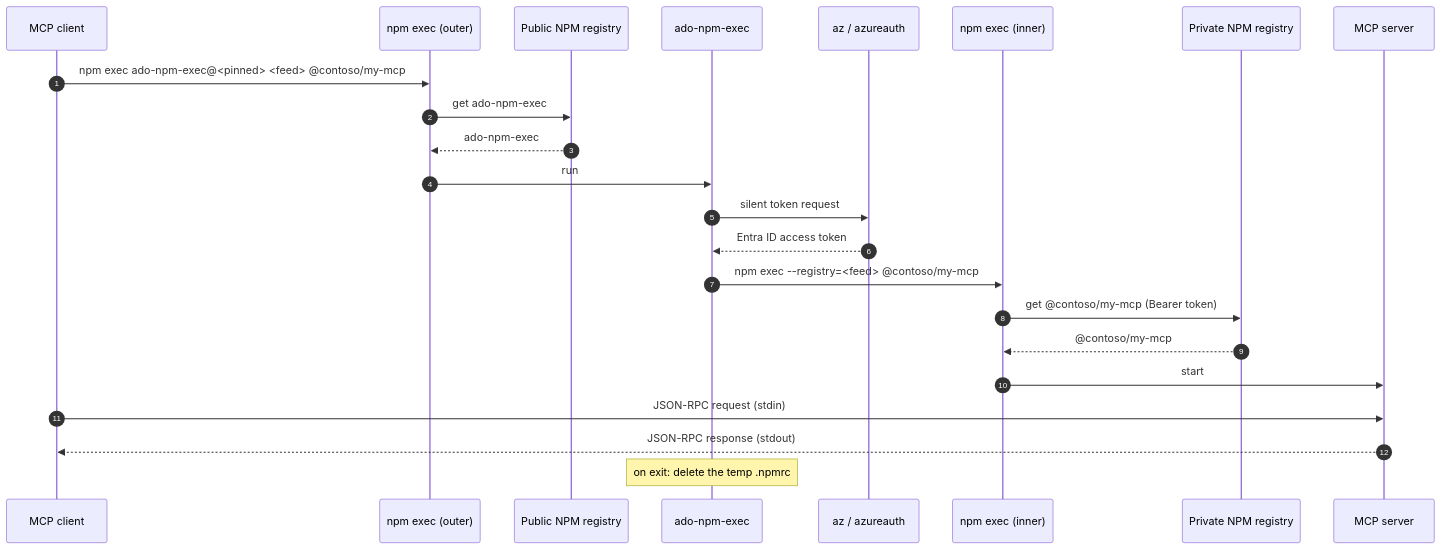
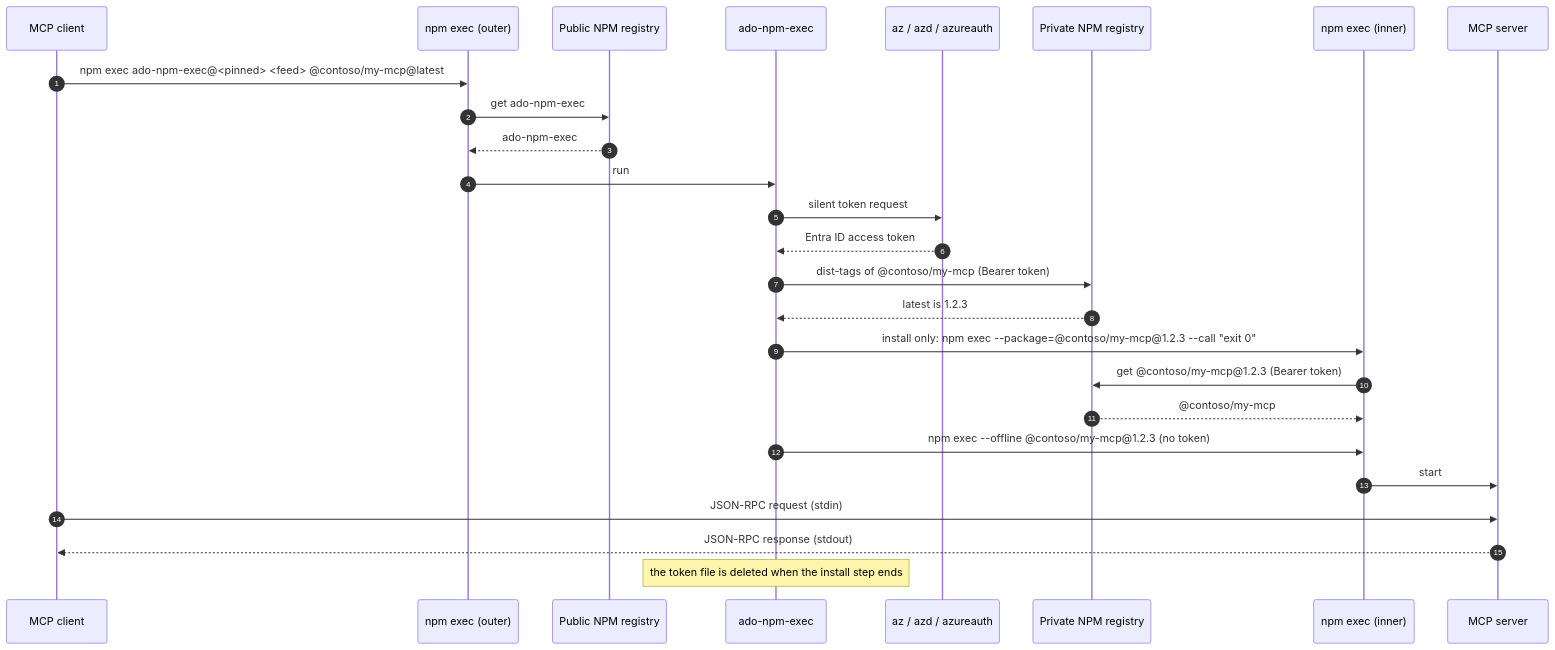
The second of 3 diagrams in README.md (nodkz/ado-npm-exec), drawn with Mermaid before and after one commit. The commit also changed other lines of this file and 62 other files, not shown here.

````diff
--- a/README.md
+++ b/README.md
@@ -50,26 +59,29 @@
 ```mermaid
 sequenceDiagram
     autonumber
     participant Client as MCP client
     participant Outer as npm exec (outer)
     participant NPMJS as Public NPM registry
     participant ANE as ado-npm-exec
-    participant AZ as az / azureauth
+    participant AZ as az / azd / azureauth
+    participant Feed as Private NPM registry
     participant Inner as npm exec (inner)
-    participant Feed as Private NPM registry
     participant Server as MCP server
 
-    Client->>Outer: npm exec ado-npm-exec@<pinned> <feed> @contoso/my-mcp
+    Client->>Outer: npm exec ado-npm-exec@<pinned> <feed> @contoso/my-mcp@latest
     Outer->>NPMJS: get ado-npm-exec
     NPMJS-->>Outer: ado-npm-exec
     Outer->>ANE: run
     ANE->>AZ: silent token request
     AZ-->>ANE: Entra ID access token
-    ANE->>Inner: npm exec --registry=<feed> @contoso/my-mcp
-    Inner->>Feed: get @contoso/my-mcp (Bearer token)
+    ANE->>Feed: dist-tags of @contoso/my-mcp (Bearer token)
+    Feed-->>ANE: latest is 1.2.3
+    ANE->>Inner: install only: npm exec --package=@contoso/my-mcp@1.2.3 --call "exit 0"
+    Inner->>Feed: get @contoso/my-mcp@1.2.3 (Bearer token)
     Feed-->>Inner: @contoso/my-mcp
+    ANE->>Inner: npm exec --offline @contoso/my-mcp@1.2.3 (no token)
     Inner->>Server: start
     Client->>Server: JSON-RPC request (stdin)
     Server-->>Client: JSON-RPC response (stdout)
-    Note over ANE: on exit: delete the temp .npmrc
+    Note over ANE: the token file is deleted when the install step ends
 ```
````
